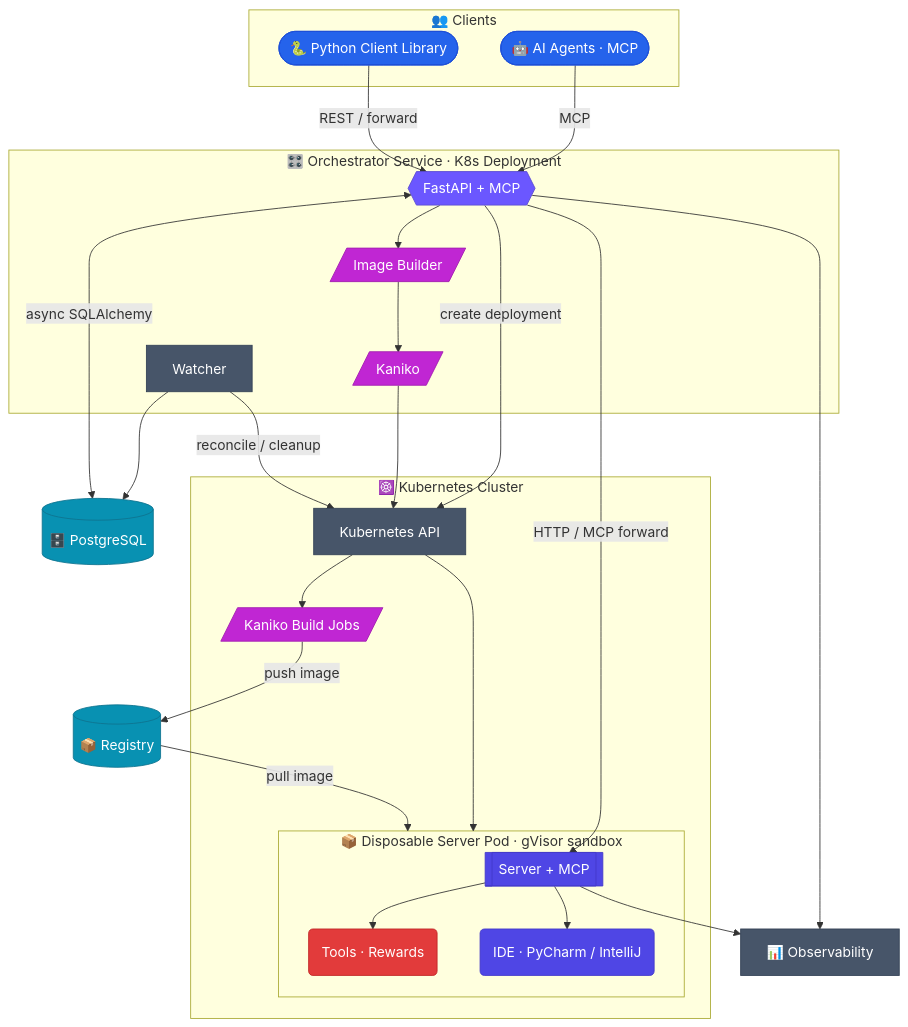
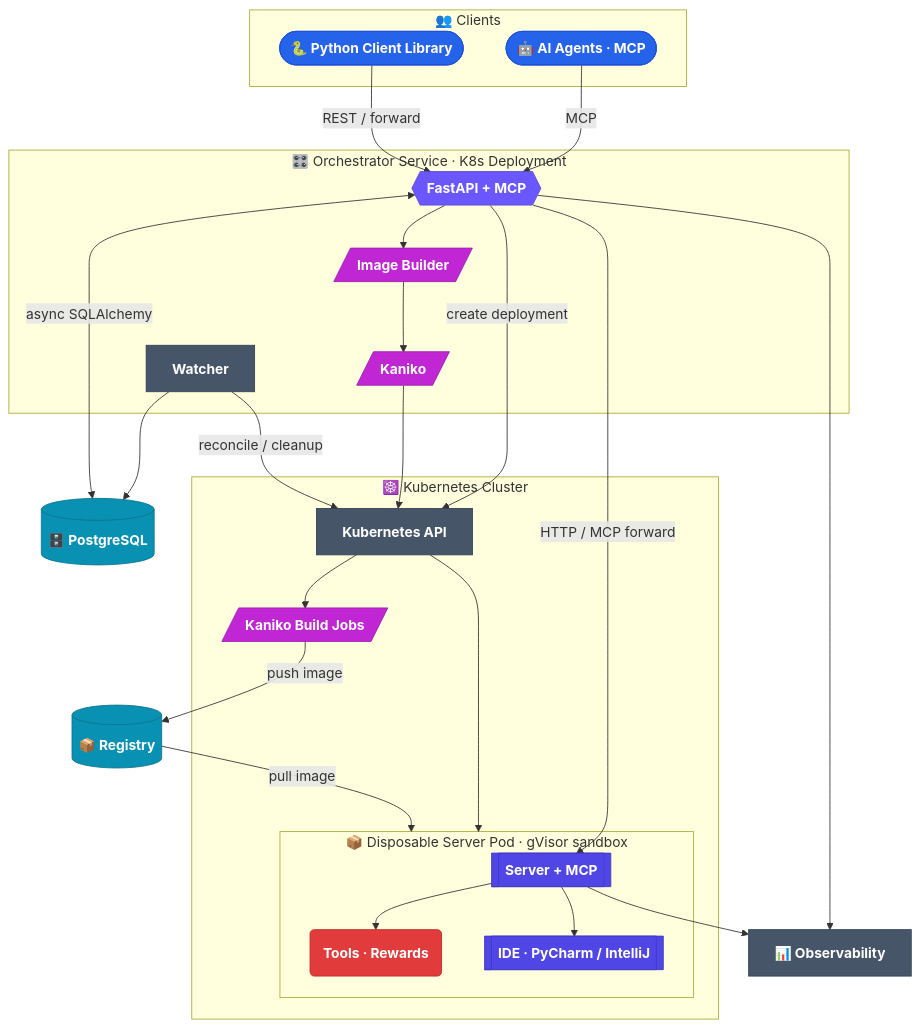
One commit to JetBrains-Research/idegym changed the first of 2 diagrams in website/docs/architecture/index.md. Above: the diagram before and after it, drawn with Mermaid. The commit also changed other lines of this file and 10 other files, not shown here.

First line of the commit message:
[JBRes-9938] diagrams: unify colors/shapes, bold titles, real tooltips, legend

````diff
--- a/website/docs/architecture/index.md
+++ b/website/docs/architecture/index.md
@@ -16,67 +16,67 @@
 ```mermaid
 flowchart TB
     subgraph clients["👥 Clients"]
-        lib(["🐍 Python Client Library"]):::client
-        agent(["🤖 AI Agents · MCP"]):::client
+        lib(["<b>🐍 Python Client Library</b>"]):::client
+        agent(["<b>🤖 AI Agents · MCP</b>"]):::client
     end
 
     subgraph orch["🎛️ Orchestrator Service · K8s Deployment"]
-        api{{"FastAPI + MCP"}}:::ctrl
-        builder[/"Image Builder"/]:::build
-        kaniko[/"Kaniko"/]:::build
-        watcher["Watcher"]:::infra
+        api{{"<b>FastAPI + MCP</b>"}}:::ctrl
+        builder[/"<b>Image Builder</b>"/]:::build
+        kaniko[/"<b>Kaniko</b>"/]:::build
+        watcher["<b>Watcher</b>"]:::infra
     end
 
-    pg[("🗄️ PostgreSQL")]:::store
+    pg[("<b>🗄️ PostgreSQL</b>")]:::store
 
     subgraph k8s["☸️ Kubernetes Cluster"]
-        kapi["Kubernetes API"]:::infra
-        buildjob[/"Kaniko Build Jobs"/]:::build
+        kapi["<b>Kubernetes API</b>"]:::infra
+        buildjob[/"<b>Kaniko Build Jobs</b>"/]:::build
         subgraph pod["📦 Disposable Server Pod · gVisor sandbox"]
-            srv[["Server + MCP"]]:::pod
-            tools("Tools · Rewards"):::tool
-            ide("IDE · PyCharm / IntelliJ"):::pod
+            srv[["<b>Server + MCP</b>"]]:::pod
+            tools("<b>Tools · Rewards</b>"):::tool
+            ide[["<b>IDE · PyCharm / IntelliJ</b>"]]:::pod
         end
     end
 
-    registry[("📦 Registry")]:::store
-    otel["📊 Observability"]:::infra
+    registry[("<b>📦 Registry</b>")]:::store
+    otel["<b>📊 Observability</b>"]:::infra
 
     lib -->|"REST / forward"| api
     agent -->|"MCP"| api
     api <-->|"async SQLAlchemy"| pg
     watcher --> pg
     watcher -->|"reconcile / cleanup"| kapi
     api --> builder --> kaniko --> kapi --> buildjob
     buildjob -->|"push image"| registry
     api -->|"create deployment"| kapi --> pod
     registry -->|"pull image"| pod
     srv --> tools
     srv --> ide
     api -->|"HTTP / MCP forward"| srv
     srv --> otel
     api --> otel
 
-    click lib "/idegym/architecture/client" "Client library"
-    click agent "/idegym/architecture/client" "Client & MCP access"
-    click api "/idegym/architecture/orchestrator" "Orchestrator"
-    click builder "/idegym/architecture/image-builder" "Image builder"
-    click kaniko "/idegym/architecture/image-builder" "Kaniko builds"
-    click buildjob "/idegym/architecture/image-builder" "Kaniko build jobs"
-    click watcher "/idegym/architecture/watcher" "Watcher"
-    click pg "/idegym/architecture/orchestrator" "Persistent state"
-    click kapi "/idegym/deployment" "Kubernetes & deployment"
-    click srv "/idegym/architecture/server" "Server internals"
-    click tools "/idegym/architecture/rewards-tools" "Tools & rewards"
-    click ide "/idegym/architecture/plugins" "IDE plugins"
-    click registry "/idegym/architecture/image-builder" "Registry"
-    click otel "/idegym/deployment" "Observability & deployment"
+    click lib "/idegym/architecture/client" "Dive into the Python client library."
+    click agent "/idegym/architecture/client" "See how AI agents connect over MCP."
+    click api "/idegym/architecture/orchestrator" "Dive into the orchestrator — the FastAPI control plane."
+    click builder "/idegym/architecture/image-builder" "See how images are composed from plugins."
+    click kaniko "/idegym/architecture/image-builder" "See how images are built in-cluster with Kaniko."
+    click buildjob "/idegym/architecture/image-builder" "See how Kaniko build jobs run in the cluster."
+    click watcher "/idegym/architecture/watcher" "See how the watcher reclaims stale resources."
+    click pg "/idegym/architecture/orchestrator" "See how the orchestrator persists all its state."
+    click kapi "/idegym/deployment" "See how IdeGYM is deployed on Kubernetes."
+    click srv "/idegym/architecture/server" "Look inside a running environment pod."
+    click tools "/idegym/architecture/rewards-tools" "See what agents can do and how runs are scored."
+    click ide "/idegym/architecture/plugins" "See how IDE plugins expose inspections and MCP tools."
+    click registry "/idegym/architecture/image-builder" "See where built images are stored."
+    click otel "/idegym/deployment" "See metrics and tracing across the stack."
 
     classDef client fill:#2563eb,stroke:#1d4ed8,color:#fff;
     classDef ctrl fill:#6b57ff,stroke:#5b4bd2,color:#fff;
     classDef build fill:#c026d3,stroke:#a21caf,color:#fff;
     classDef store fill:#0891b2,stroke:#0e7490,color:#fff;
     classDef pod fill:#4f46e5,stroke:#4338ca,color:#fff;
     classDef tool fill:#e23b3b,stroke:#c02626,color:#fff;
     classDef infra fill:#475569,stroke:#334155,color:#fff;
 ```
````
